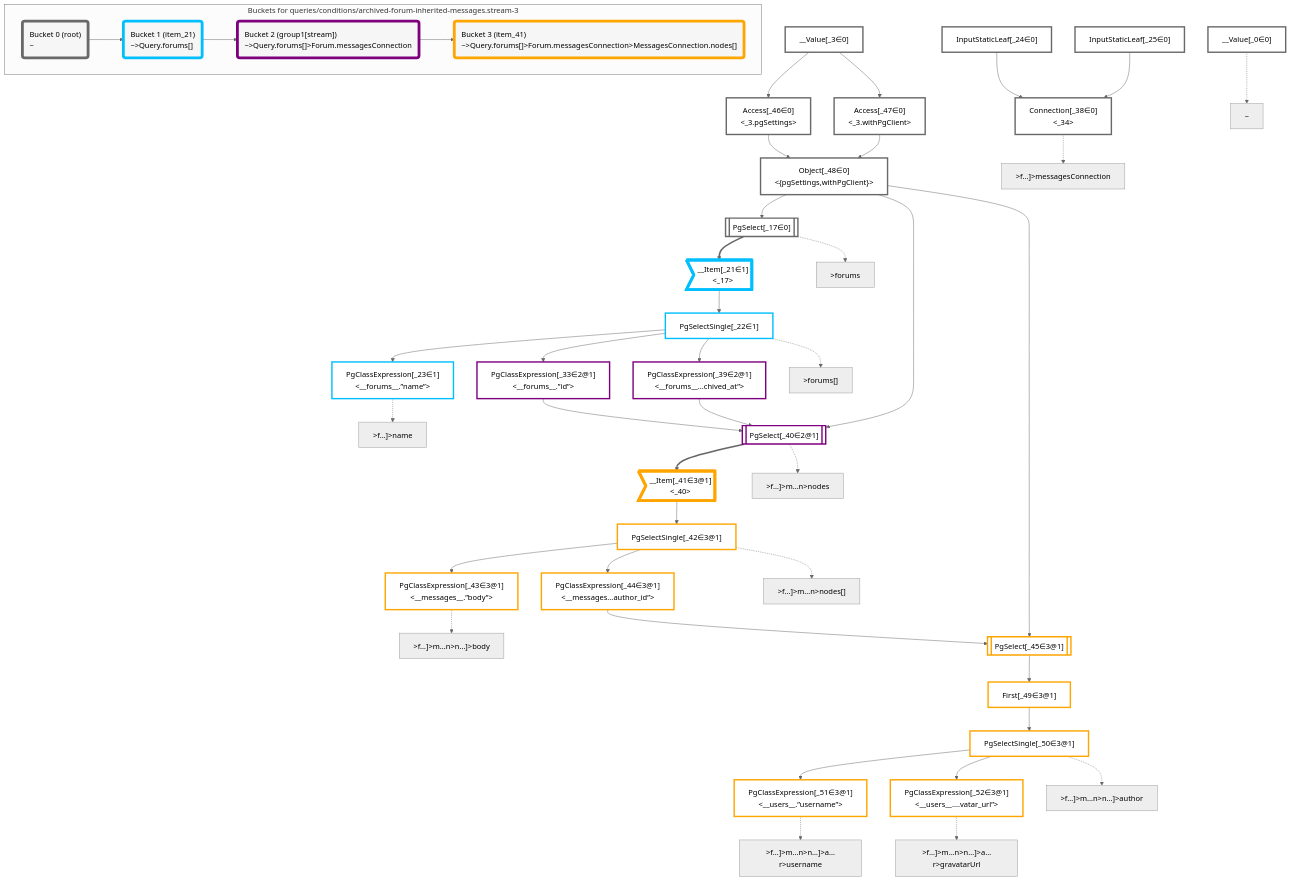
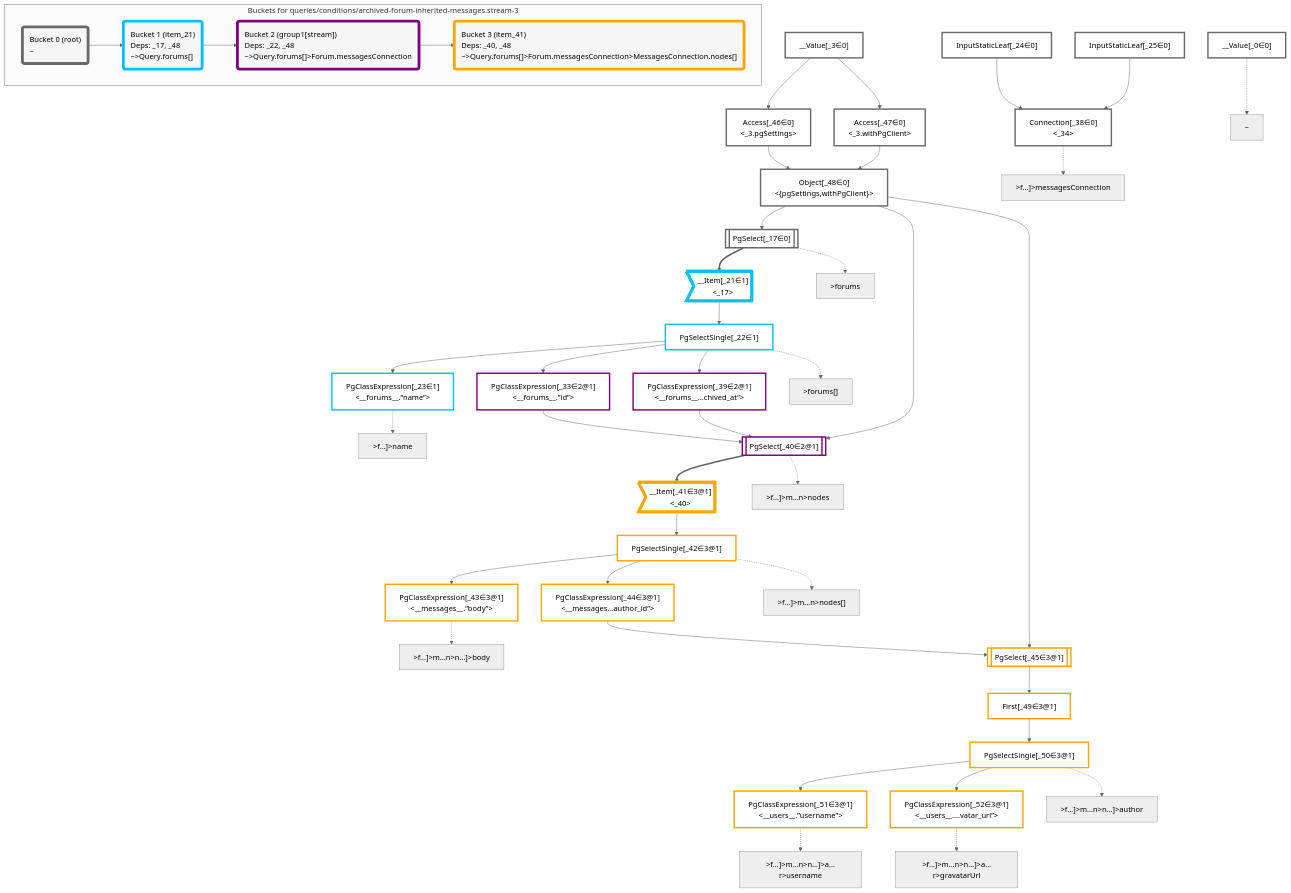
Before and after one commit to graphile/crystal: the diagram in packages/dataplan-pg/__tests__/queries/conditions/archived-forum-inherited-messages.stream-3.deopt.mermaid.md, drawn with Mermaid (neutral theme). The commit also changed 157 other files, not shown here.

Commit message:
Add deps to all query snapshots

```diff
--- a/packages/dataplan-pg/__tests__/queries/conditions/archived-forum-inherited-messages.stream-3.deopt.mermaid.md
+++ b/packages/dataplan-pg/__tests__/queries/conditions/archived-forum-inherited-messages.stream-3.deopt.mermaid.md
@@ -97,13 +97,13 @@
     subgraph "Buckets for queries/conditions/archived-forum-inherited-messages.stream-3"
     Bucket0("Bucket 0 (root)<br />~"):::bucket
     style Bucket0 stroke:#696969
-    Bucket1("Bucket 1 (item_21)<br />~>Query.forums[]"):::bucket
+    Bucket1("Bucket 1 (item_21)<br />Deps: _17, _48<br />~>Query.forums[]"):::bucket
     style Bucket1 stroke:#00bfff
     Bucket0 --> Bucket1
-    Bucket2("Bucket 2 (group1[stream])<br />~>Query.forums[]>Forum.messagesConnection"):::bucket
+    Bucket2("Bucket 2 (group1[stream])<br />Deps: _22, _48<br />~>Query.forums[]>Forum.messagesConnection"):::bucket
     style Bucket2 stroke:#7f007f
     Bucket1 --> Bucket2
-    Bucket3("Bucket 3 (item_41)<br />~>Query.forums[]>Forum.messagesConnection>MessagesConnection.nodes[]"):::bucket
+    Bucket3("Bucket 3 (item_41)<br />Deps: _40, _48<br />~>Query.forums[]>Forum.messagesConnection>MessagesConnection.nodes[]"):::bucket
     style Bucket3 stroke:#ffa500
     Bucket2 --> Bucket3
     end
```
